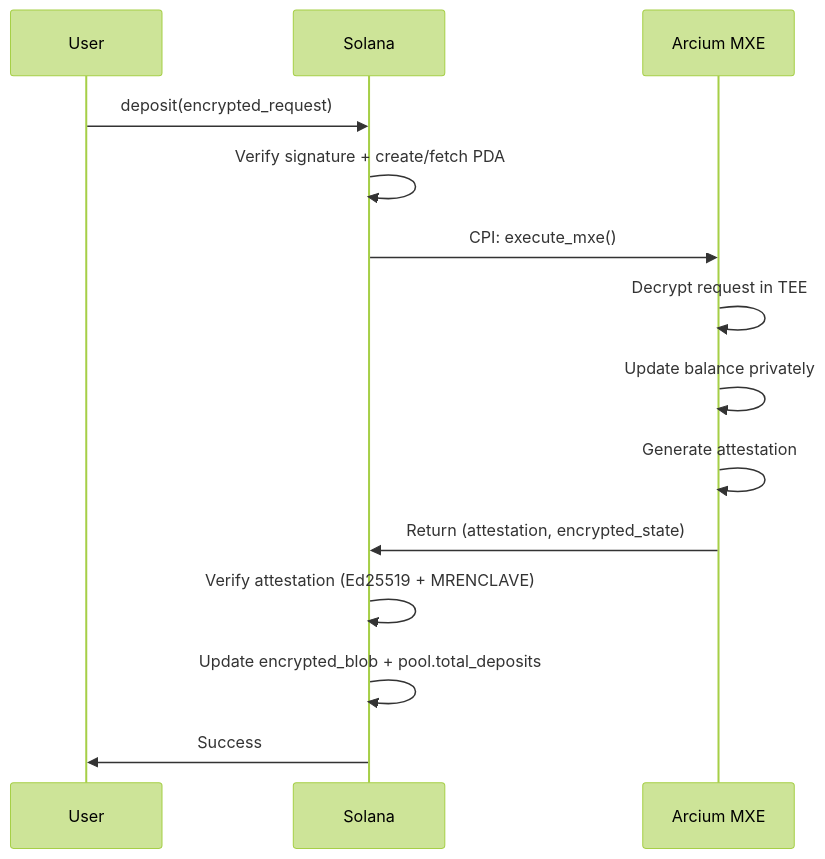
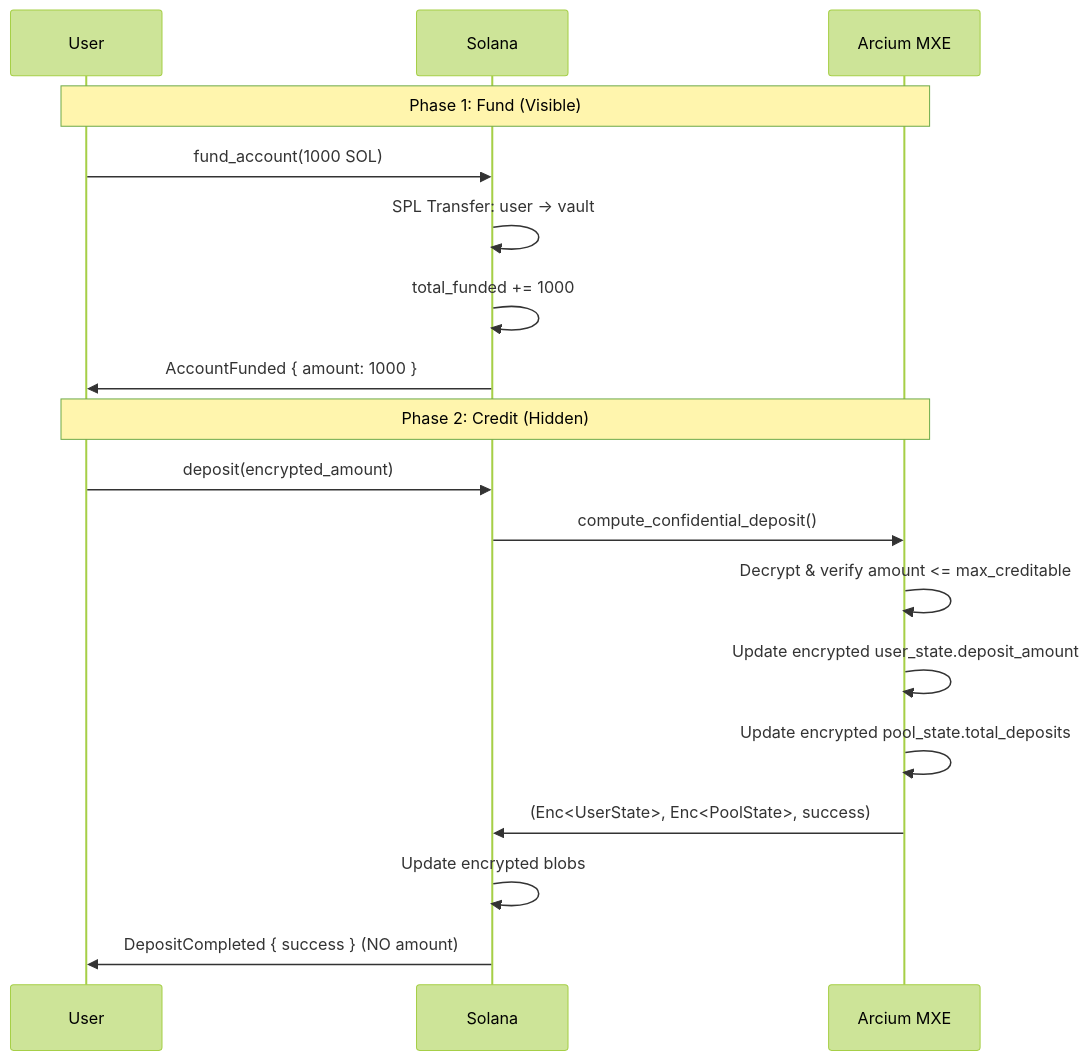
One commit to Venkat5599/ShadowLend changed the second of 6 diagrams in docs/ARCHITECTURE_MVP.md. Above: the diagram before and after it, drawn with Mermaid (forest theme). The commit also changed other lines of this file and 57 other files, not shown here.

````diff
--- a/docs/ARCHITECTURE_MVP.md
+++ b/docs/ARCHITECTURE_MVP.md
@@ -217,17 +246,22 @@
 ```mermaid
 sequenceDiagram
     participant U as User
     participant S as Solana
     participant M as Arcium MXE
 
-    U->>S: deposit(encrypted_request)
-    S->>S: Verify signature + create/fetch PDA
-    S->>M: CPI: execute_mxe()
-    M->>M: Decrypt request in TEE
-    M->>M: Update balance privately
-    M->>M: Generate attestation
-    M->>S: Return (attestation, encrypted_state)
-    S->>S: Verify attestation (Ed25519 + MRENCLAVE)
-    S->>S: Update encrypted_blob + pool.total_deposits
-    S->>U: Success
+    Note over U,M: Phase 1: Fund (Visible)
+    U->>S: fund_account(1000 SOL)
+    S->>S: SPL Transfer: user → vault
+    S->>S: total_funded += 1000
+    S->>U: AccountFunded { amount: 1000 }
+
+    Note over U,M: Phase 2: Credit (Hidden)
+    U->>S: deposit(encrypted_amount)
+    S->>M: compute_confidential_deposit()
+    M->>M: Decrypt & verify amount <= max_creditable
+    M->>M: Update encrypted user_state.deposit_amount
+    M->>M: Update encrypted pool_state.total_deposits
+    M->>S: (Enc<UserState>, Enc<PoolState>, success)
+    S->>S: Update encrypted blobs
+    S->>U: DepositCompleted { success } (NO amount)
 ```
````
